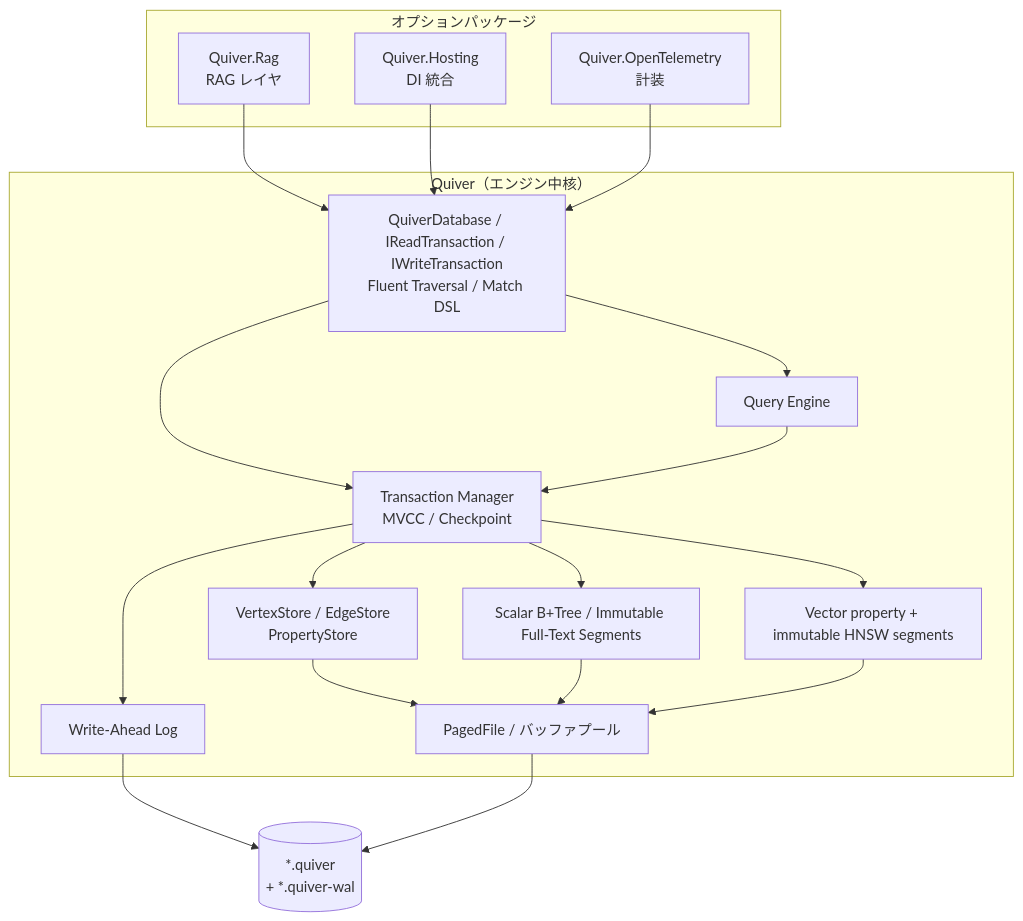
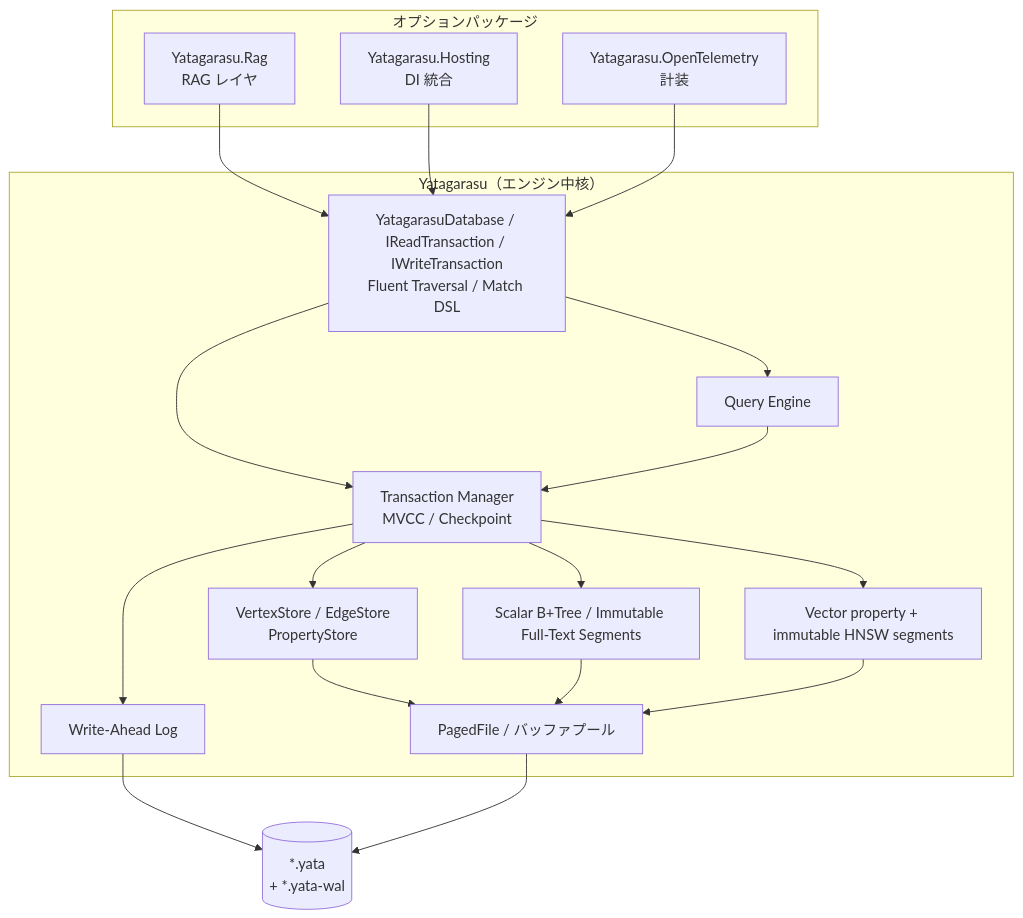
Before and after one commit to delicioustuna/Quiver: the first of 5 diagrams in docs/architecture-diagrams.md, drawn with Mermaid. The commit also changed other lines of this file and 1510 other files, not shown here.

Commit message:
feat!: rename Quiver to Yatagarasu

````diff
--- a/docs/architecture-diagrams.md
+++ b/docs/architecture-diagrams.md
@@ -12,38 +12,38 @@
 ```mermaid
 flowchart TB
     subgraph optional["オプションパッケージ"]
-        Rag["Quiver.Rag<br/>RAG レイヤ"]
-        Hosting["Quiver.Hosting<br/>DI 統合"]
-        OTel["Quiver.OpenTelemetry<br/>計装"]
+        Rag["Yatagarasu.Rag<br/>RAG レイヤ"]
+        Hosting["Yatagarasu.Hosting<br/>DI 統合"]
+        OTel["Yatagarasu.OpenTelemetry<br/>計装"]
     end
 
-    subgraph core["Quiver（エンジン中核）"]
-        API["QuiverDatabase / IReadTransaction / IWriteTransaction<br/>Fluent Traversal / Match DSL"]
+    subgraph core["Yatagarasu（エンジン中核）"]
+        API["YatagarasuDatabase / IReadTransaction / IWriteTransaction<br/>Fluent Traversal / Match DSL"]
         Query["Query Engine"]
         TxMgr["Transaction Manager<br/>MVCC / Checkpoint"]
         Index["Scalar B+Tree / Immutable Full-Text Segments"]
         Records["VertexStore / EdgeStore<br/>PropertyStore"]
         Vector["Vector property + immutable HNSW segments"]
         WAL["Write-Ahead Log"]
         Storage["PagedFile / バッファプール"]
     end
 
-    File[("*.quiver<br/>+ *.quiver-wal")]
+    File[("*.yata<br/>+ *.yata-wal")]
 
     Rag --> API
     Hosting --> API
     OTel --> API
 
     API --> Query
     API --> TxMgr
     Query --> TxMgr
     TxMgr --> WAL
     TxMgr --> Records
     TxMgr --> Index
     TxMgr --> Vector
     Records --> Storage
     Index --> Storage
     Vector --> Storage
     WAL --> File
     Storage --> File
 ```
````
